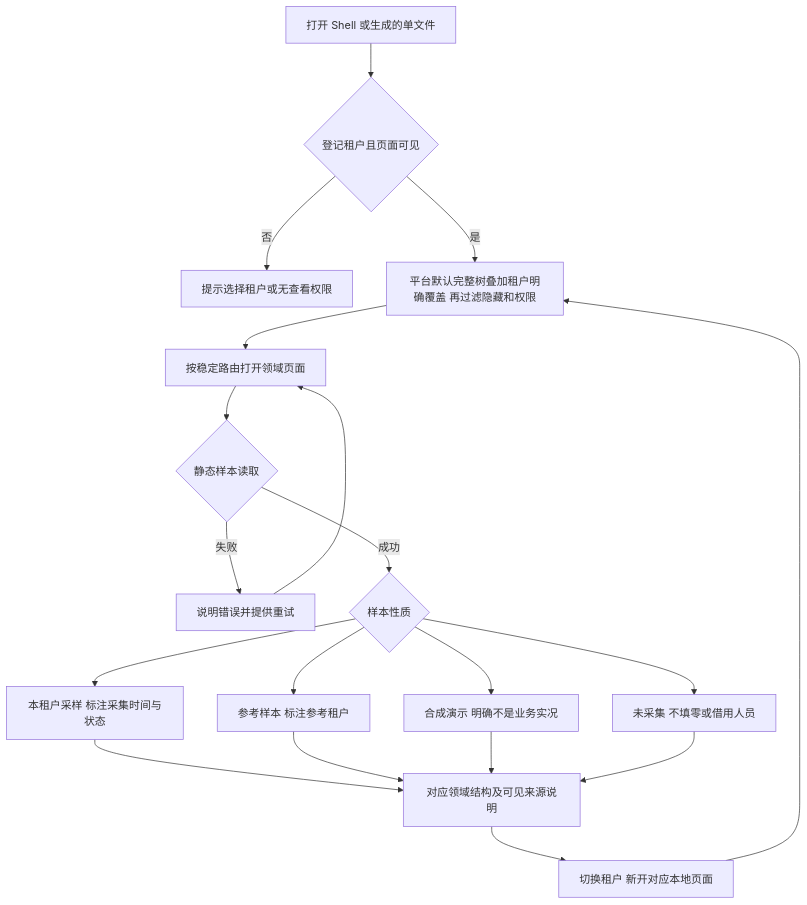
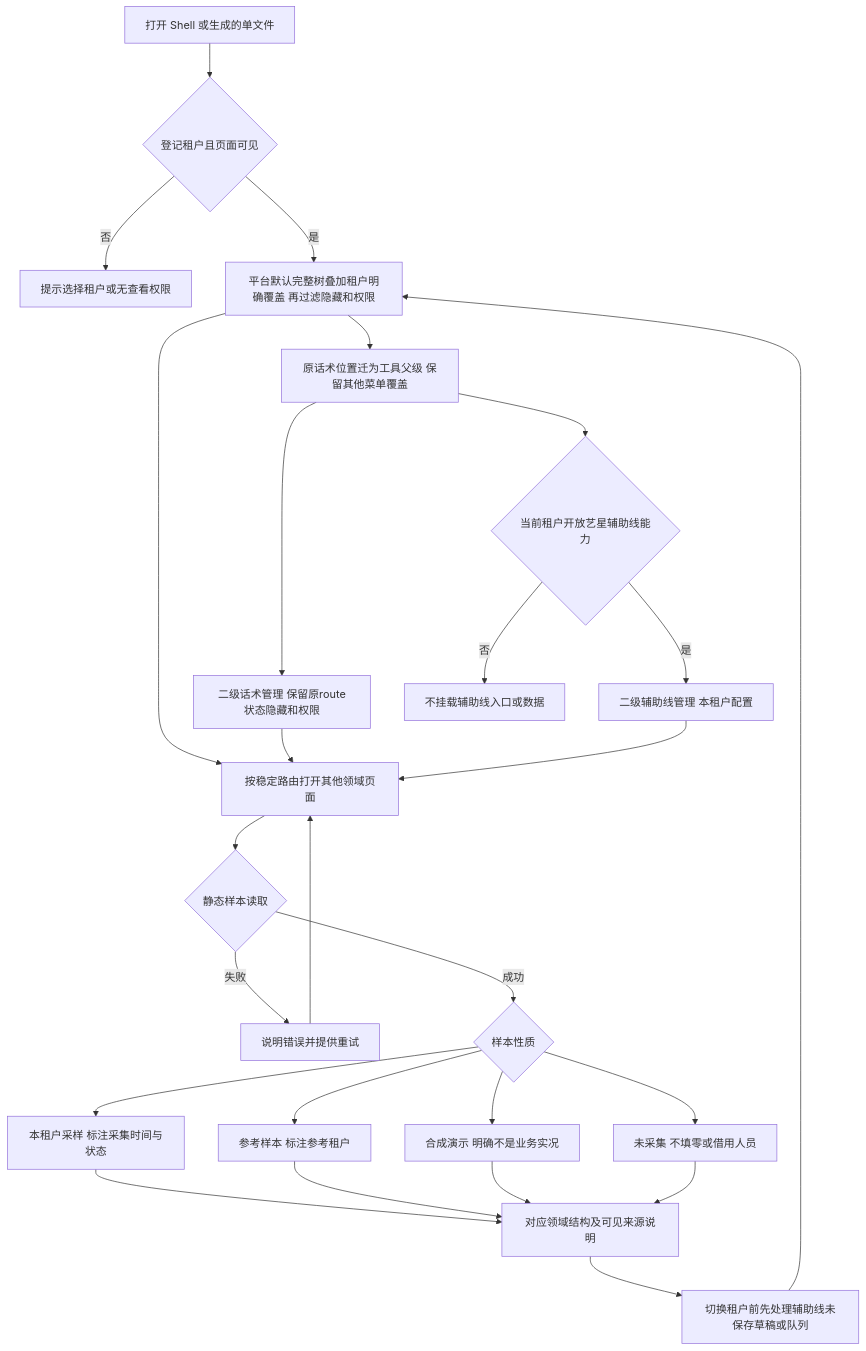
Before and after one commit to xfang9528-glitch/suiyin-admin: the first of 14 diagrams in flowcharts/admin-live-reference.md, drawn with Mermaid. The commit also changed other lines of this file and 190 other files, not shown here.

````diff
--- a/flowcharts/admin-live-reference.md
+++ b/flowcharts/admin-live-reference.md
@@ -9,21 +9,28 @@
 ```mermaid
 flowchart TD
     Start[打开 Shell 或生成的单文件] --> Tenant{登记租户且页面可见}
     Tenant -->|否| Denied[提示选择租户或无查看权限]
     Tenant -->|是| Config[平台默认完整树叠加租户明确覆盖 再过滤隐藏和权限]
-    Config --> Route[按稳定路由打开领域页面]
+    Config --> Tools[原话术位置迁为工具父级 保留其他菜单覆盖]
+    Tools --> Language[二级话术管理 保留原route状态隐藏和权限]
+    Tools --> Eligible{当前租户开放艺星辅助线能力}
+    Eligible -->|是| Guides[二级辅助线管理 本租户配置]
+    Eligible -->|否| NoGuides[不挂载辅助线入口或数据]
+    Config --> Route[按稳定路由打开其他领域页面]
+    Language --> Route
+    Guides --> Route
     Route --> Load{静态样本读取}
     Load -->|失败| Retry[说明错误并提供重试]
     Retry --> Route
     Load -->|成功| Source{样本性质}
     Source --> Captured[本租户采样 标注采集时间与状态]
     Source --> Reference[参考样本 标注参考租户]
     Source --> Mock[合成演示 明确不是业务实况]
     Source --> Missing[未采集 不填零或借用人员]
     Captured --> Page[对应领域结构及可见来源说明]
     Reference --> Page
     Mock --> Page
     Missing --> Page
-    Page --> Switch[切换租户 新开对应本地页面]
+    Page --> Switch[切换租户前先处理辅助线未保存草稿或队列]
     Switch --> Config
 ```
````
